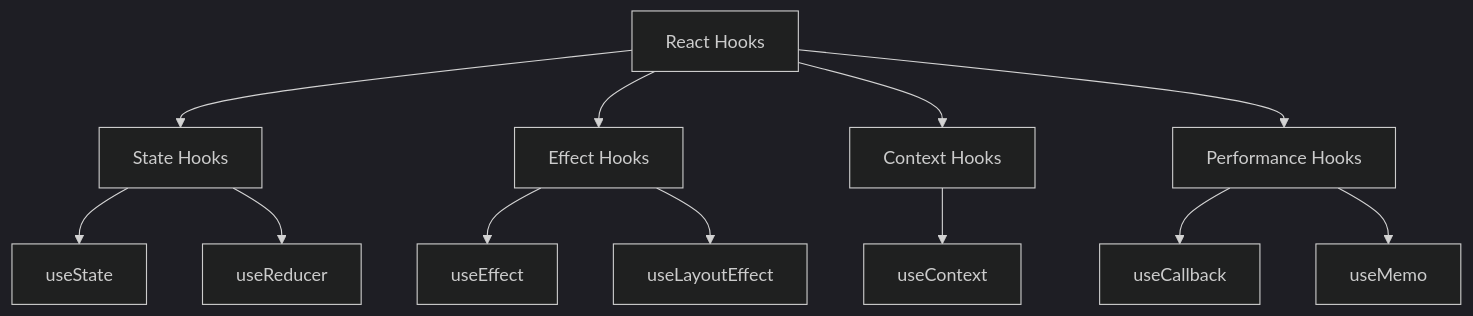
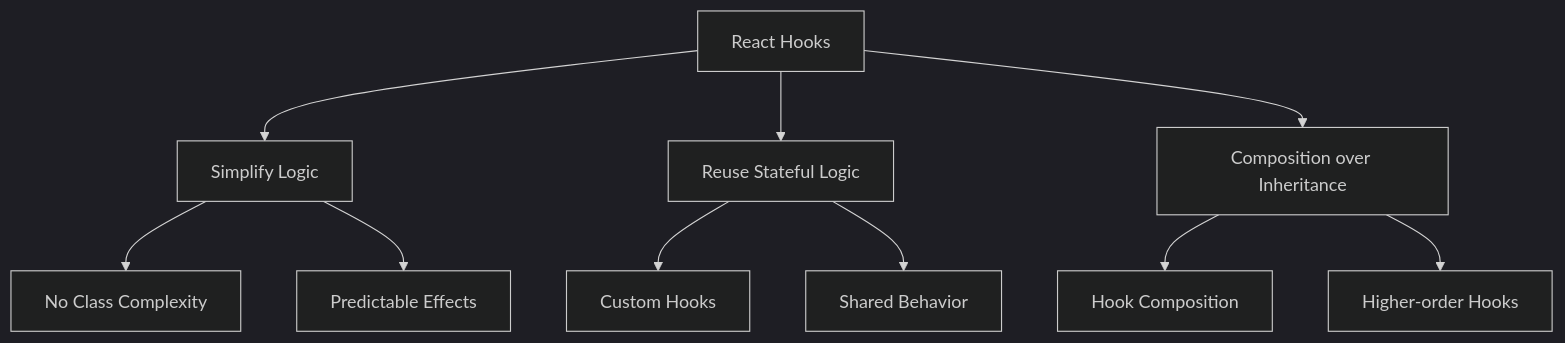
Before and after one commit to KRISACHAN/ying-web: the diagram in apps/fe-docs/pages/interview/react/3-hooks.mdx, drawn with Mermaid (dark theme). The commit also changed other lines of this file and 12 other files, not shown here.

````diff
--- a/apps/fe-docs/pages/interview/react/3-hooks.mdx
+++ b/apps/fe-docs/pages/interview/react/3-hooks.mdx
@@ -14,14 +9,12 @@
 ```mermaid
 graph TD
-    A[React Hooks] --> B[State Hooks]
-    A --> C[Effect Hooks]
-    A --> D[Context Hooks]
-    A --> E[Performance Hooks]
-    B --> F[useState]
-    B --> G[useReducer]
-    C --> H[useEffect]
-    C --> I[useLayoutEffect]
-    D --> J[useContext]
-    E --> K[useCallback]
-    E --> L[useMemo]
+    A[React Hooks] --> B[Simplify Logic]
+    A --> C[Reuse Stateful Logic]
+    A --> D[Composition over Inheritance]
+    B --> E[No Class Complexity]
+    B --> F[Predictable Effects]
+    C --> G[Custom Hooks]
+    C --> H[Shared Behavior]
+    D --> I[Hook Composition]
+    D --> J[Higher-order Hooks]
 ```
````
